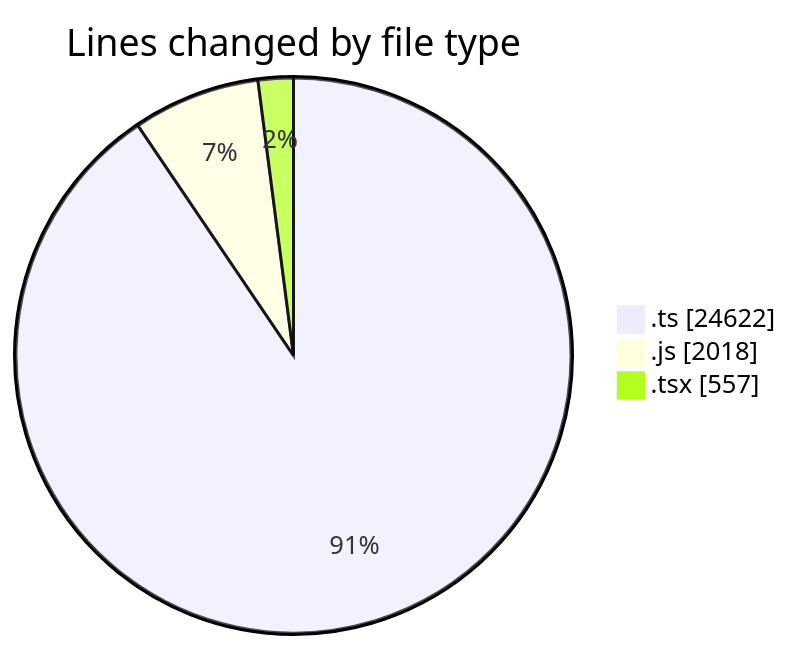
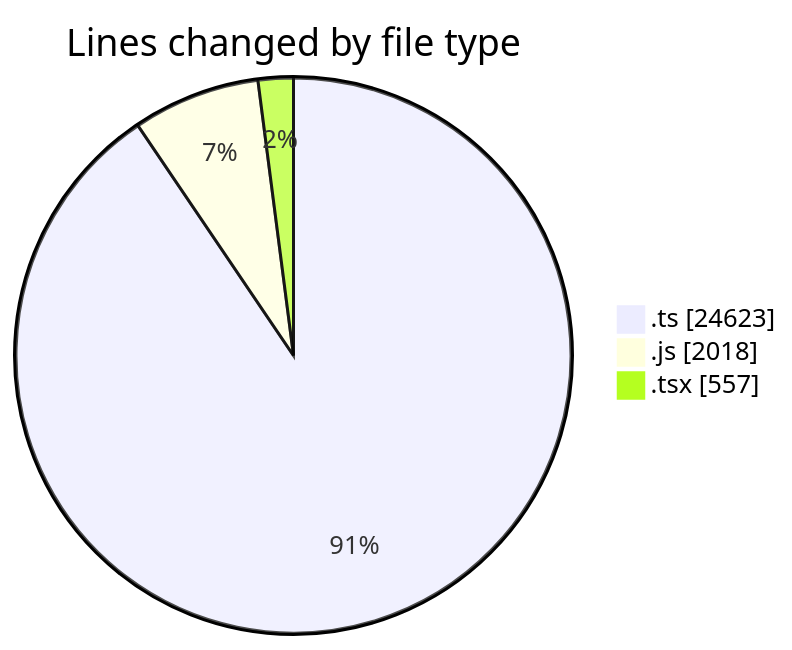
One commit to momahboobian/code-tracking changed the first of 2 diagrams in 2025-06-20/cda/README.md. Above: the diagram before and after it, drawn with Mermaid. The commit also changed other lines of this file and 1 other file, not shown here.

````diff
--- a/2025-06-20/cda/README.md
+++ b/2025-06-20/cda/README.md
@@ -39,7 +39,7 @@
 ```mermaid
 pie showData
 title Lines changed by file type
-".ts" : 24622
+".ts" : 24623
 ".js" : 2018
 ".tsx" : 557
 ```
````
